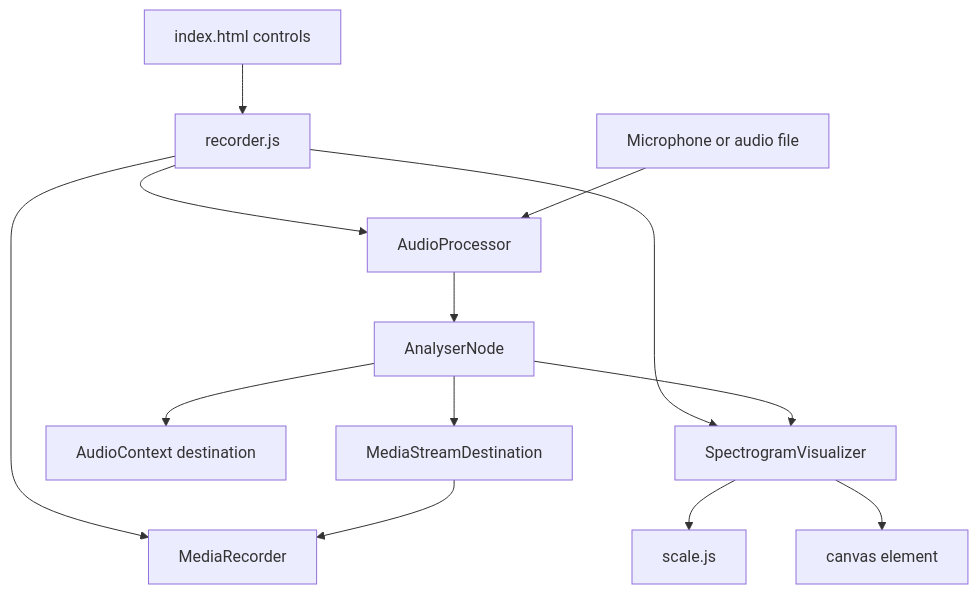
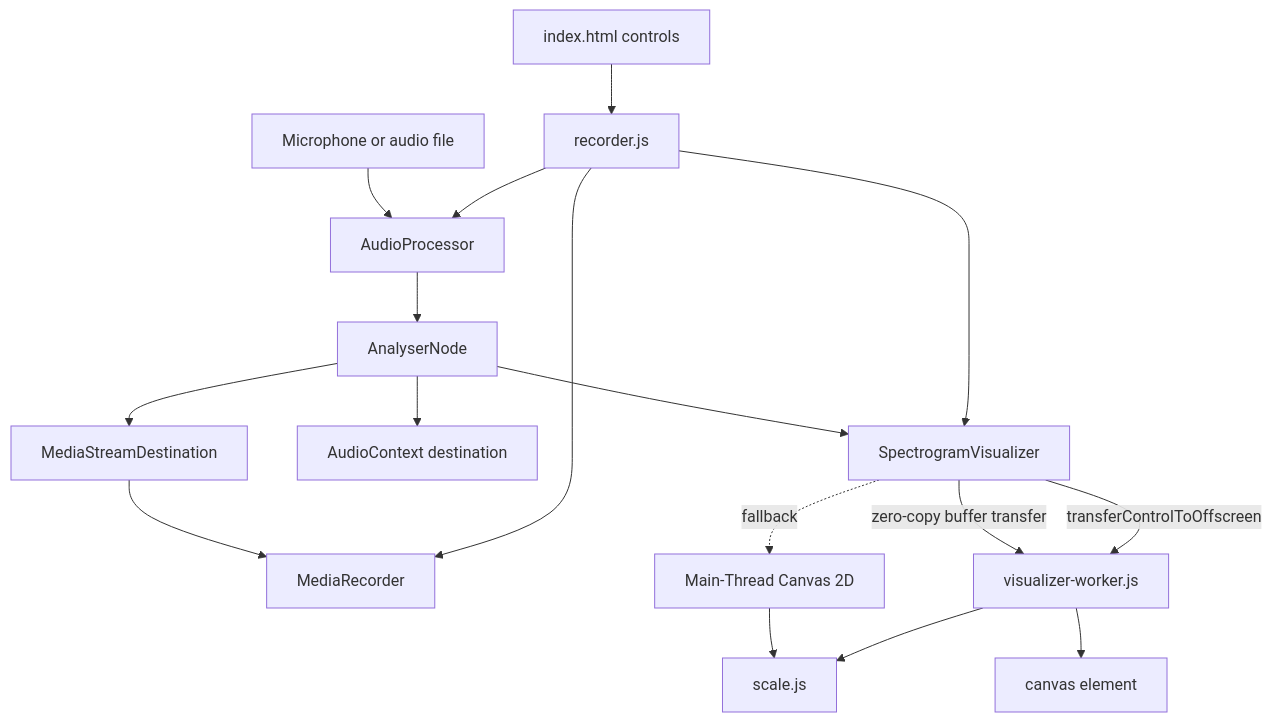
The diagram in projects/misc/audio-spectrogram-analyzer/ARCHITECTURE.md (Facelessism/cradle), drawn with Mermaid before and after one commit. The commit also changed other lines of this file and 3 other files, not shown here.

Commit message:
feat: OffscreenCanvas & Worker Rendering for Heavy Visualizer Minis

````diff
--- a/projects/misc/audio-spectrogram-analyzer/ARCHITECTURE.md
+++ b/projects/misc/audio-spectrogram-analyzer/ARCHITECTURE.md
@@ -38,15 +39,19 @@
 ```mermaid
 graph TD
     UI[index.html controls] --> Bootstrap[recorder.js]
     Bootstrap --> Processor[AudioProcessor]
     Bootstrap --> Visualizer[SpectrogramVisualizer]
     Bootstrap --> Recorder[MediaRecorder]
-    Visualizer --> Scale[scale.js]
+    Visualizer -->|transferControlToOffscreen| Worker[visualizer-worker.js]
+    Visualizer -.->|fallback| MainCanvas[Main-Thread Canvas 2D]
+    Worker --> Scale[scale.js]
+    MainCanvas --> Scale
     Source[Microphone or audio file] --> Processor
     Processor --> Analyser[AnalyserNode]
     Analyser --> Speakers[AudioContext destination]
     Analyser --> Stream[MediaStreamDestination]
     Stream --> Recorder
     Analyser --> Visualizer
-    Visualizer --> Canvas[canvas element]
+    Visualizer -->|zero-copy buffer transfer| Worker
+    Worker --> DisplayCanvas[canvas element]
 ```
````
